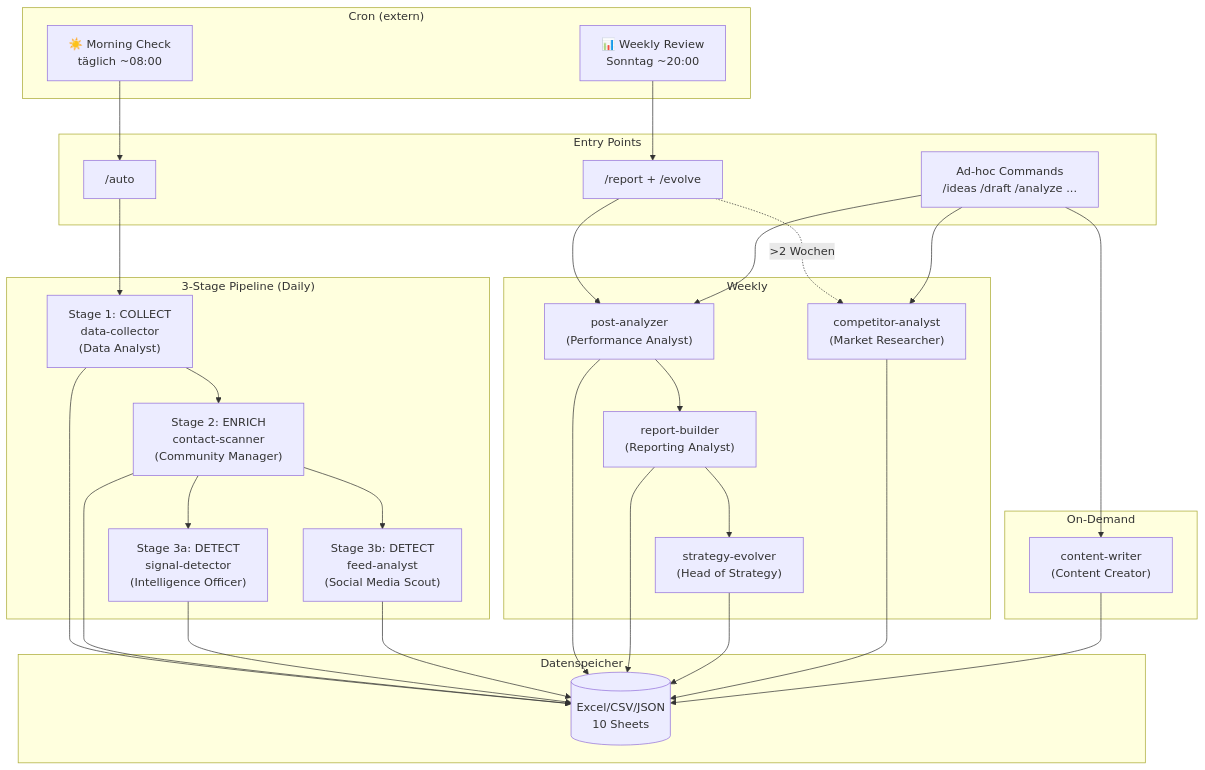
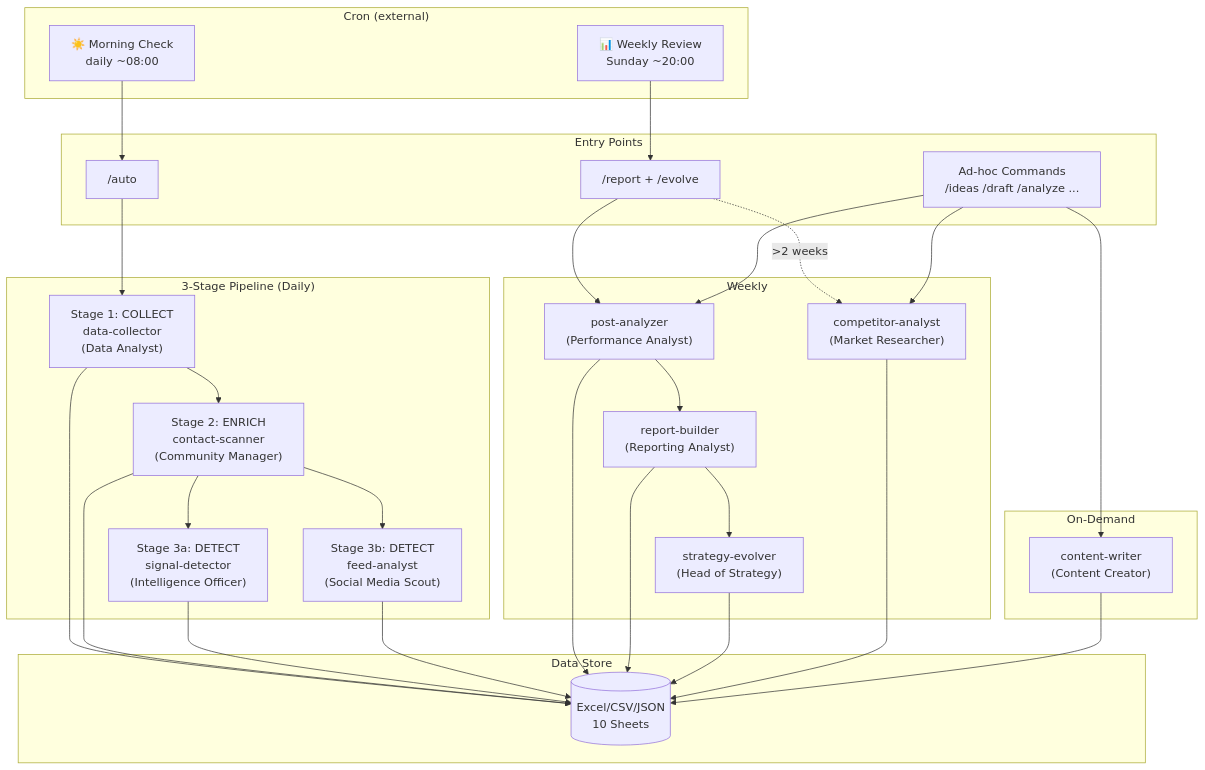
One commit to sabania/linkedin-cli changed the first of 8 diagrams in plugin/README.md. Above: the diagram before and after it, drawn with Mermaid. The commit also changed other lines of this file and 35 other files, not shown here.

````diff
--- a/plugin/README.md
+++ b/plugin/README.md
@@ -7,55 +7,55 @@
 ```mermaid
 graph TB
-    subgraph "Cron (extern)"
-        CRON_M["☀️ Morning Check<br/>täglich ~08:00"]
-        CRON_W["📊 Weekly Review<br/>Sonntag ~20:00"]
+    subgraph "Cron (external)"
+        CRON_M["☀️ Morning Check<br/>daily ~08:00"]
+        CRON_W["📊 Weekly Review<br/>Sunday ~20:00"]
     end
 
     subgraph "Entry Points"
         AUTO["/auto"]
         REPORT["/report + /evolve"]
         ADHOC["Ad-hoc Commands<br/>/ideas /draft /analyze ..."]
     end
 
     subgraph "3-Stage Pipeline (Daily)"
         S1["Stage 1: COLLECT<br/>data-collector<br/>(Data Analyst)"]
         S2["Stage 2: ENRICH<br/>contact-scanner<br/>(Community Manager)"]
         S3A["Stage 3a: DETECT<br/>signal-detector<br/>(Intelligence Officer)"]
         S3B["Stage 3b: DETECT<br/>feed-analyst<br/>(Social Media Scout)"]
     end
 
     subgraph "Weekly"
         PA["post-analyzer<br/>(Performance Analyst)"]
         RB["report-builder<br/>(Reporting Analyst)"]
         SE["strategy-evolver<br/>(Head of Strategy)"]
         CA["competitor-analyst<br/>(Market Researcher)"]
     end
 
     subgraph "On-Demand"
         CW["content-writer<br/>(Content Creator)"]
     end
 
     CRON_M --> AUTO
     CRON_W --> REPORT
     AUTO --> S1 --> S2 --> S3A
     S2 --> S3B
     REPORT --> PA --> RB --> SE
-    REPORT -.->|">2 Wochen"| CA
+    REPORT -.->|">2 weeks"| CA
     ADHOC --> CW
     ADHOC --> PA
     ADHOC --> CA
 
-    subgraph "Datenspeicher"
+    subgraph "Data Store"
         DS[(Excel/CSV/JSON<br/>10 Sheets)]
     end
 
     S1 --> DS
     S2 --> DS
     S3A --> DS
     S3B --> DS
     PA --> DS
     RB --> DS
     SE --> DS
     CA --> DS
     CW --> DS
 ```
````
